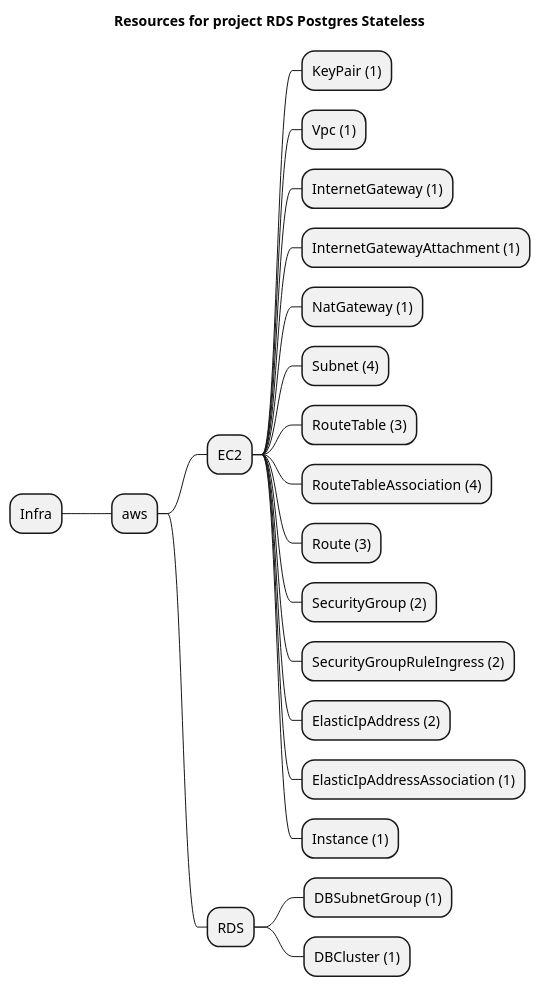
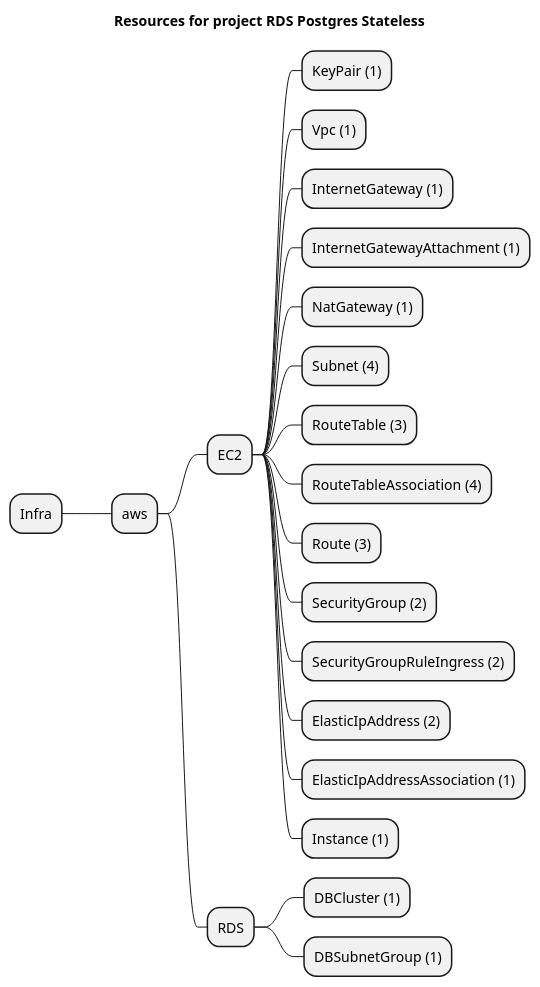
The diagram in examples/aws/RDS/postgres-stateless/artifacts/resources-mindmap.puml (grucloud/grucloud), drawn with PlantUML before and after one commit. The commit also changed other lines of this file and 4 other files, not shown here.

```diff
--- a/examples/aws/RDS/postgres-stateless/artifacts/resources-mindmap.puml
+++ b/examples/aws/RDS/postgres-stateless/artifacts/resources-mindmap.puml
@@ -1,24 +1,24 @@
 @startmindmap
 title Resources for project RDS Postgres Stateless
 skinparam monochrome true
 + Infra
 ++ aws
 +++ EC2
 ++++ KeyPair (1)
 ++++ Vpc (1)
 ++++ InternetGateway (1)
 ++++ InternetGatewayAttachment (1)
 ++++ NatGateway (1)
 ++++ Subnet (4)
 ++++ RouteTable (3)
 ++++ RouteTableAssociation (4)
 ++++ Route (3)
 ++++ SecurityGroup (2)
 ++++ SecurityGroupRuleIngress (2)
 ++++ ElasticIpAddress (2)
 ++++ ElasticIpAddressAssociation (1)
 ++++ Instance (1)
 +++ RDS
+++++ DBCluster (1)
 ++++ DBSubnetGroup (1)
-++++ DBCluster (1)
 @endmindmap
```
